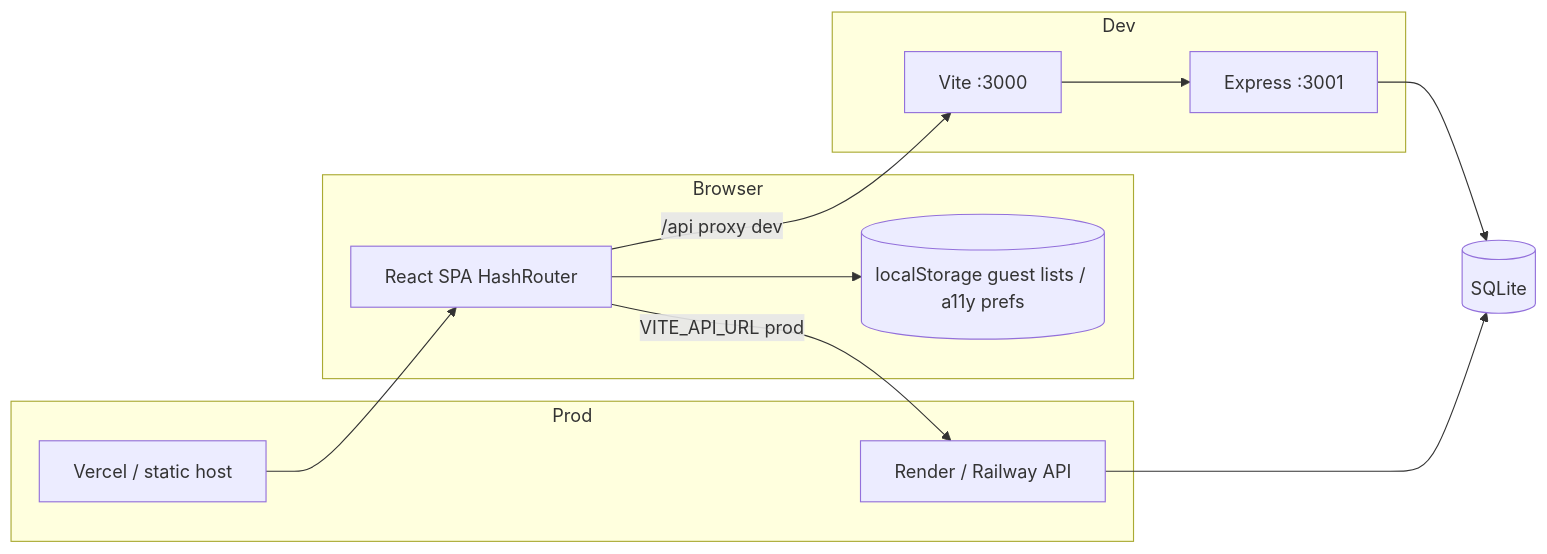
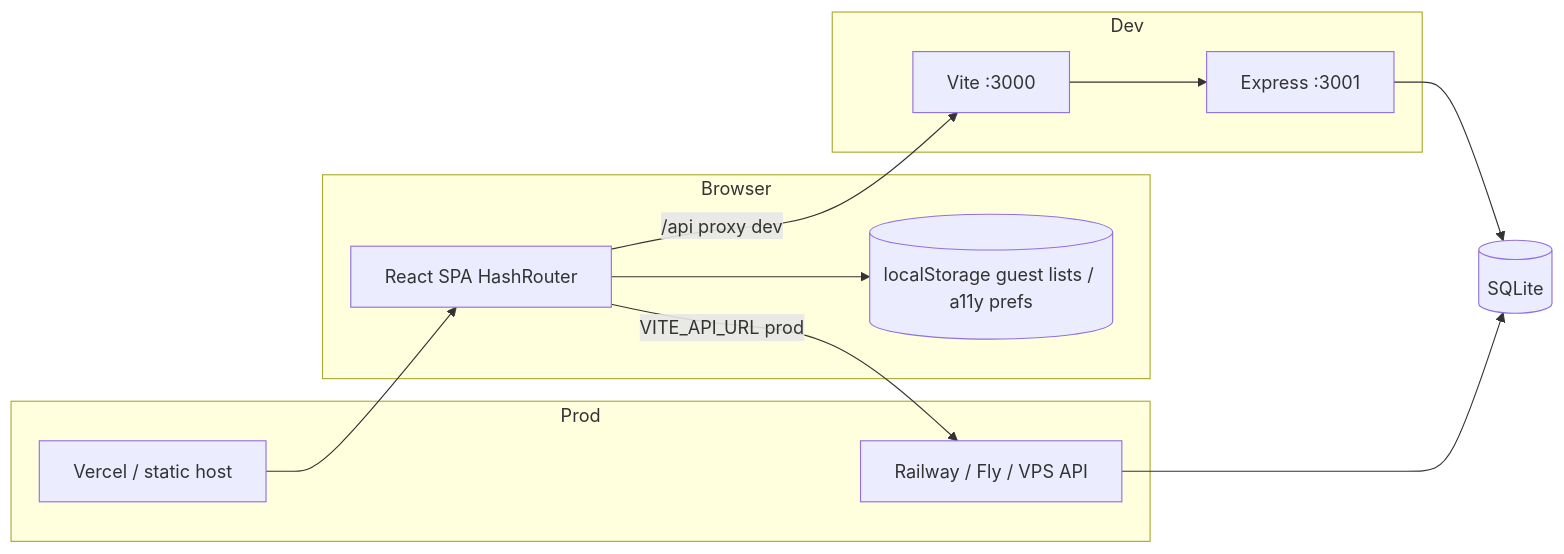
The second of 5 diagrams in docs/PROJECT.md (httppaui/tobc-rework-personal), drawn with Mermaid before and after one commit. The commit also changed other lines of this file and 7 other files, not shown here.

Commit message:
Remove Render blueprint and genericize API deploy docs

````diff
--- a/docs/PROJECT.md
+++ b/docs/PROJECT.md
@@ -163,22 +163,22 @@
 ```mermaid
 flowchart LR
   subgraph Browser
     UI[React SPA HashRouter]
     LS[(localStorage guest lists / a11y prefs)]
   end
   subgraph Dev
     Vite[Vite :3000]
     API[Express :3001]
   end
   subgraph Prod
     CDN[Vercel / static host]
-    APIHost[Render / Railway API]
+    APIHost[Railway / Fly / VPS API]
   end
   UI -->|/api proxy dev| Vite
   Vite --> API
   UI -->|VITE_API_URL prod| APIHost
   UI --> LS
   API --> DB[(SQLite)]
   APIHost --> DB
   CDN --> UI
 ```
````
